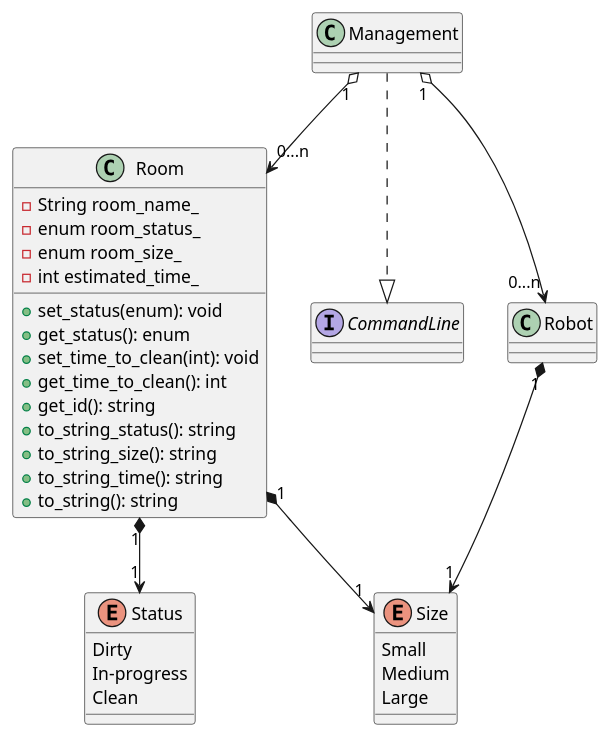
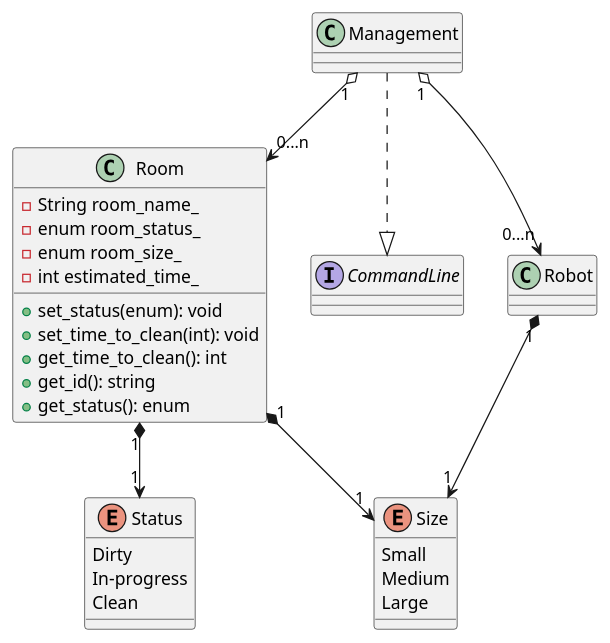
Before and after one commit to ur-cs-courses/course-project-krykna: the diagram in docs/design/class_diagrams/room_class_diagram.puml, drawn with PlantUML. The commit also changed 1 other file, not shown here.

Commit message:
Updated Room Class diagram
Removing obvious/support functions

```diff
--- a/docs/design/class_diagrams/room_class_diagram.puml
+++ b/docs/design/class_diagrams/room_class_diagram.puml
@@ -1,38 +1,34 @@
 @startuml
 class Room {
     - String room_name_
     - enum room_status_
     - enum room_size_
     - int estimated_time_
     + set_status(enum): void
-    + get_status(): enum
     + set_time_to_clean(int): void 
     + get_time_to_clean(): int
     + get_id(): string
-    + to_string_status(): string
-    + to_string_size(): string
-    + to_string_time(): string
-    + to_string(): string
+    + get_status(): enum
 }
 
 enum Status {
     Dirty
     In-progress
     Clean
 }
 
 enum Size {
     Small
     Medium
     Large
 }
 
 interface CommandLine {}
 
 Management "1" o--> "0...n" Room
 Management "1" o--> "0...n" Robot
 Room "1" *--> "1" Status
 Room "1" *--> "1" Size
 Robot "1" *--> "1" Size
 Management ..|> CommandLine
 @enduml
```
